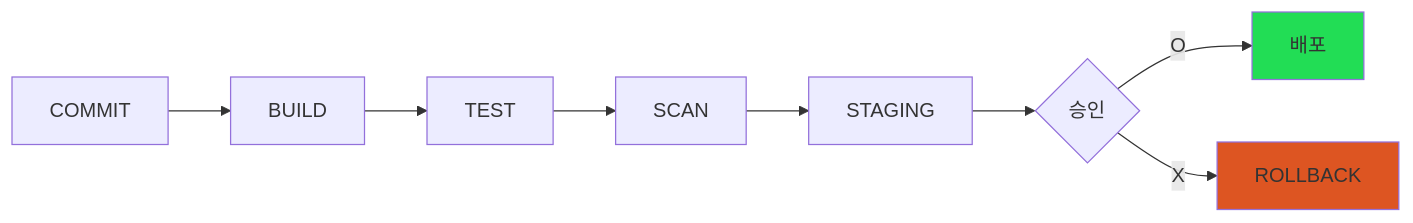
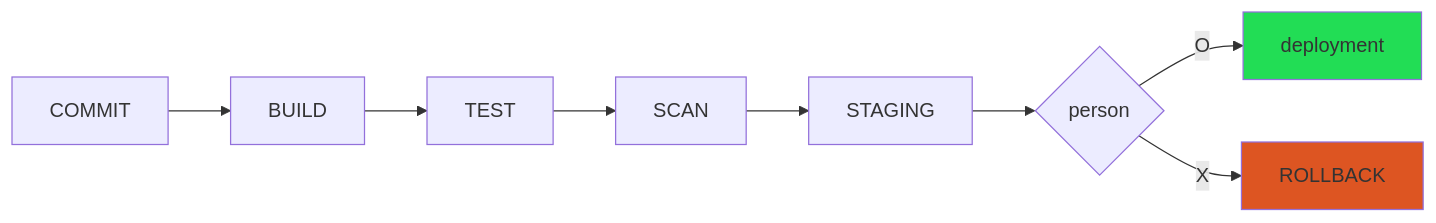
The seventh of 9 diagrams in harnesses/communication/technical-writer/skills/diagram-patterns/skill.md (chodolmu/taskforge-pro), drawn with Mermaid before and after one commit. The commit also changed other lines of this file and 952 other files, not shown here.

````diff
--- a/harnesses/communication/technical-writer/skills/diagram-patterns/skill.md
+++ b/harnesses/communication/technical-writer/skills/diagram-patterns/skill.md
@@ -131,8 +131,8 @@
 ```mermaid
 flowchart LR
-    COMMIT --> BUILD --> TEST --> SCAN --> STAGING --> APPROVE{승인}
-    APPROVE -->|O| PROD[배포]
-    APPROVE -->|X| ROLLBACK
-    style PROD fill:#2d5
-    style ROLLBACK fill:#d52
+ COMMIT --> BUILD --> TEST --> SCAN --> STAGING --> APPROVE{person}
+ APPROVE -->|O| PROD[deployment]
+ APPROVE -->|X| ROLLBACK
+ style PROD fill:#2d5
+ style ROLLBACK fill:#d52
 ```
````
